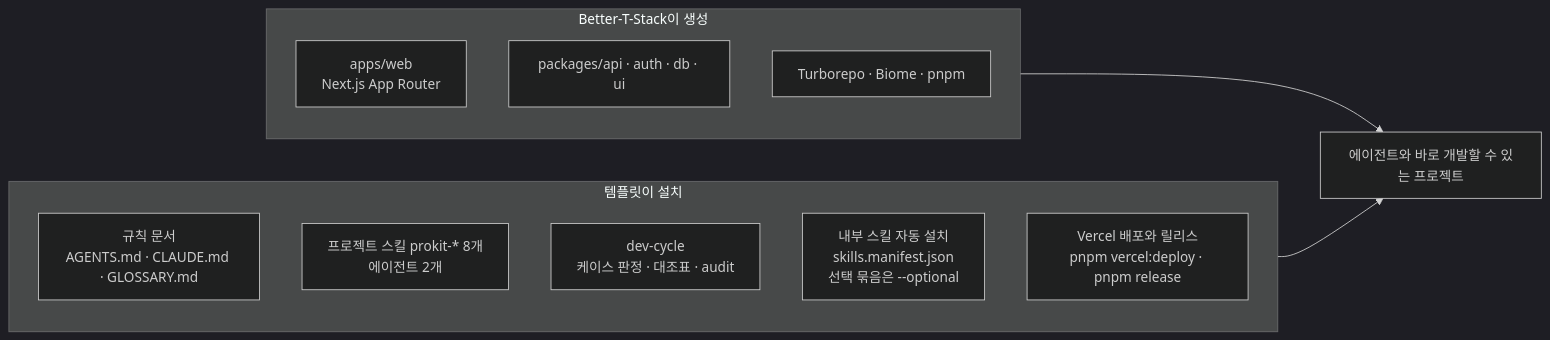
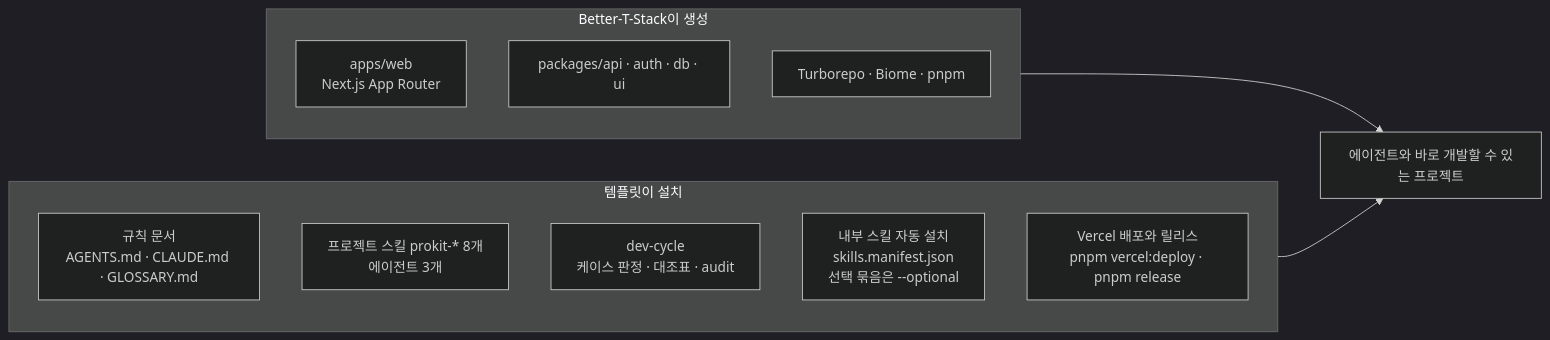
One commit to roadkwon-ai/pro-kit changed the diagram in handbook/templates/what-it-adds.md. Above: the diagram before and after it, drawn with Mermaid (dark theme). The commit also changed other lines of this file and 150 other files, not shown here.

````diff
--- a/handbook/templates/what-it-adds.md
+++ b/handbook/templates/what-it-adds.md
@@ -8,19 +8,19 @@
 ```mermaid
 flowchart LR
   subgraph BTS["Better-T-Stack이 생성"]
     direction TB
     B1["apps/web<br/>Next.js App Router"]
     B2["packages/api · auth · db · ui"]
     B3["Turborepo · Biome · pnpm"]
   end
   subgraph TPL["템플릿이 설치"]
     direction TB
     T1["규칙 문서<br/>AGENTS.md · CLAUDE.md · GLOSSARY.md"]
-    T2["프로젝트 스킬 prokit-* 8개<br/>에이전트 2개"]
+    T2["프로젝트 스킬 prokit-* 8개<br/>에이전트 3개"]
     T3["dev-cycle<br/>케이스 판정 · 대조표 · audit"]
     T4["내부 스킬 자동 설치<br/>skills.manifest.json<br/>선택 묶음은 --optional"]
     T5["Vercel 배포와 릴리스<br/>pnpm vercel:deploy · pnpm release"]
   end
   BTS --> APP["에이전트와 바로 개발할 수 있는 프로젝트"]
   TPL --> APP
 ```
````
